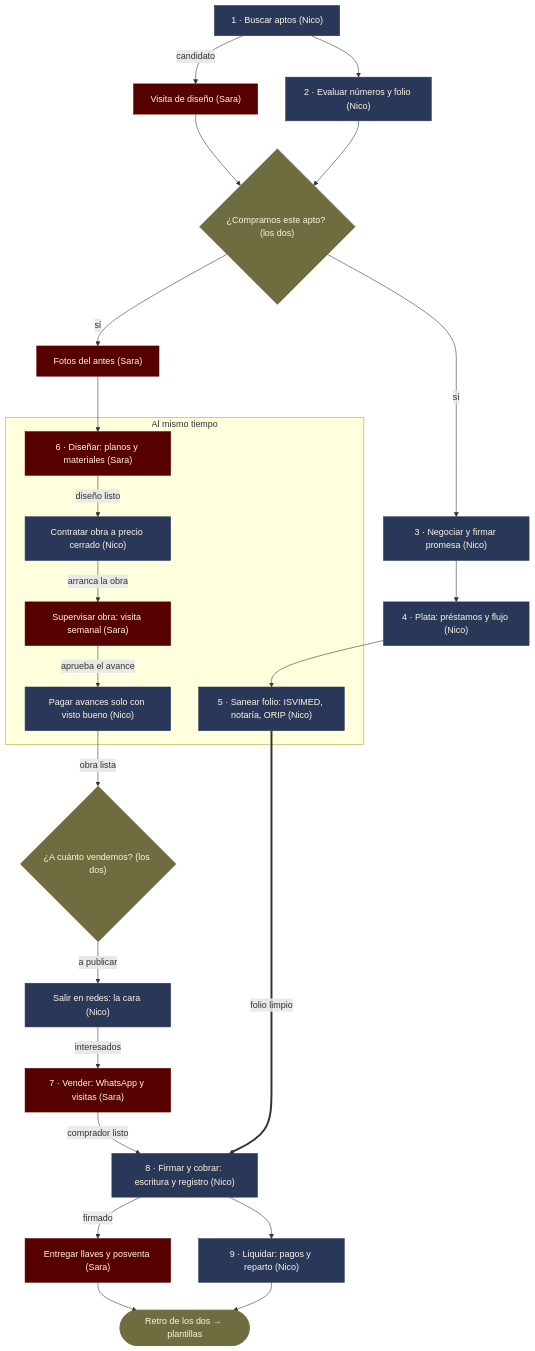
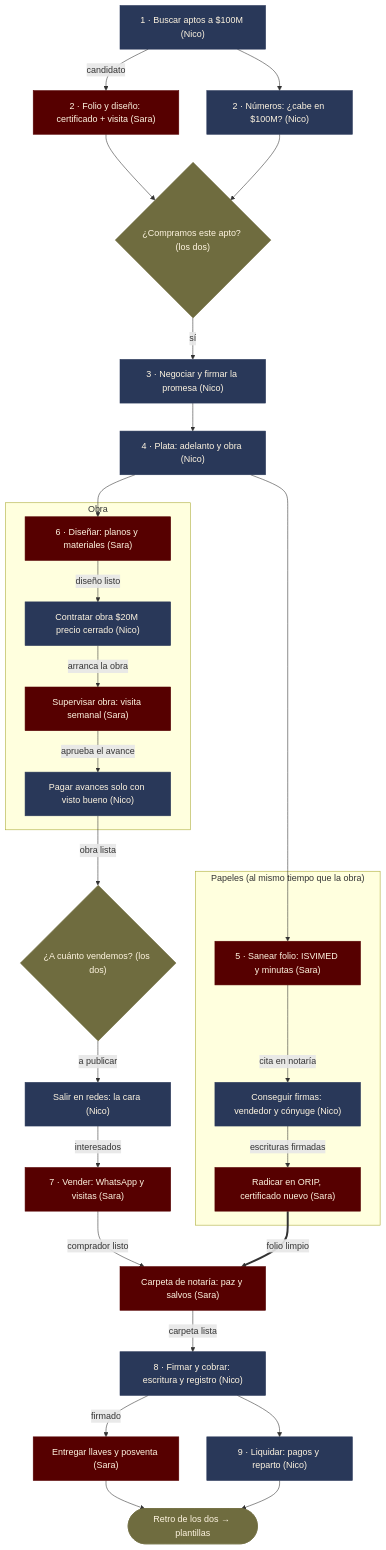
The diagram in empresa/roles-y-flujo.md (otrasaramas/flipping-san-marsano-legal), drawn with Mermaid before and after one commit. The commit also changed other lines of this file, not shown here.

First line of the commit message:
Empresa: papeles pasan a Sara, plan para llegar a 3 cupos y contenido de la SAS 50/50

````diff
--- a/empresa/roles-y-flujo.md
+++ b/empresa/roles-y-flujo.md
@@ -12,38 +14,37 @@
 ```mermaid
 flowchart TD
-  N1["1 · Buscar aptos (Nico)"] -->|candidato| S1["Visita de diseño (Sara)"]
-  N1 --> N2["2 · Evaluar números y folio (Nico)"]
+  N1["1 · Buscar aptos a $100M (Nico)"] -->|candidato| S1["2 · Folio y diseño: certificado + visita (Sara)"]
+  N1 --> N2["2 · Números: ¿cabe en $100M? (Nico)"]
   S1 --> G1{"¿Compramos este apto? (los dos)"}
   N2 --> G1
-  G1 -->|sí| S3["Fotos del antes (Sara)"]
-  G1 -->|sí| N3["3 · Negociar y firmar promesa (Nico)"]
-  N3 --> N4["4 · Plata: préstamos y flujo (Nico)"]
-  subgraph PAR["Al mismo tiempo"]
-    N5["5 · Sanear folio: ISVIMED, notaría, ORIP (Nico)"]
-    S5["6 · Diseñar: planos y materiales (Sara)"]
-    N6["Contratar obra a precio cerrado (Nico)"]
-    S7["Supervisar obra: visita semanal (Sara)"]
-    N8["Pagar avances solo con visto bueno (Nico)"]
+  G1 -->|sí| N3["3 · Negociar y firmar la promesa (Nico)"]
+  N3 --> N4["4 · Plata: adelanto y obra (Nico)"]
+  subgraph PAP["Papeles (al mismo tiempo que la obra)"]
+    P1["5 · Sanear folio: ISVIMED y minutas (Sara)"] -->|cita en notaría| P2["Conseguir firmas: vendedor y cónyuge (Nico)"]
+    P2 -->|escrituras firmadas| P3["Radicar en ORIP, certificado nuevo (Sara)"]
   end
-  N4 --> N5
-  S3 --> S5
-  S5 -->|diseño listo| N6
-  N6 -->|arranca la obra| S7
-  S7 -->|aprueba el avance| N8
-  N8 -->|obra lista| G2{"¿A cuánto vendemos? (los dos)"}
+  subgraph OBR["Obra"]
+    O1["6 · Diseñar: planos y materiales (Sara)"] -->|diseño listo| O2["Contratar obra $20M precio cerrado (Nico)"]
+    O2 -->|arranca la obra| O3["Supervisar obra: visita semanal (Sara)"]
+    O3 -->|aprueba el avance| O4["Pagar avances solo con visto bueno (Nico)"]
+  end
+  N4 --> P1
+  N4 --> O1
+  O4 -->|obra lista| G2{"¿A cuánto vendemos? (los dos)"}
   G2 -->|a publicar| N10["Salir en redes: la cara (Nico)"]
   N10 -->|interesados| S11["7 · Vender: WhatsApp y visitas (Sara)"]
-  S11 -->|comprador listo| N12["8 · Firmar y cobrar: escritura y registro (Nico)"]
-  N5 ==>|folio limpio| N12
+  S11 -->|comprador listo| S12["Carpeta de notaría: paz y salvos (Sara)"]
+  P3 ==>|folio limpio| S12
+  S12 -->|carpeta lista| N12["8 · Firmar y cobrar: escritura y registro (Nico)"]
   N12 -->|firmado| S13["Entregar llaves y posventa (Sara)"]
   N12 --> N13["9 · Liquidar: pagos y reparto (Nico)"]
   S13 --> R(["Retro de los dos → plantillas"])
   N13 --> R
 
   classDef sara fill:#560000,color:#fff5e1,stroke:#560000
   classDef nico fill:#293859,color:#fff5e1,stroke:#293859
   classDef juntos fill:#6f6c3f,color:#fff5e1,stroke:#6f6c3f
-  class S1,S3,S5,S7,S11,S13 sara
-  class N1,N2,N3,N4,N5,N6,N8,N10,N12,N13 nico
+  class S1,P1,P3,O1,O3,S11,S12,S13 sara
+  class N1,N2,N3,N4,P2,O2,O4,N10,N12,N13 nico
   class G1,G2,R juntos
 ```
````
